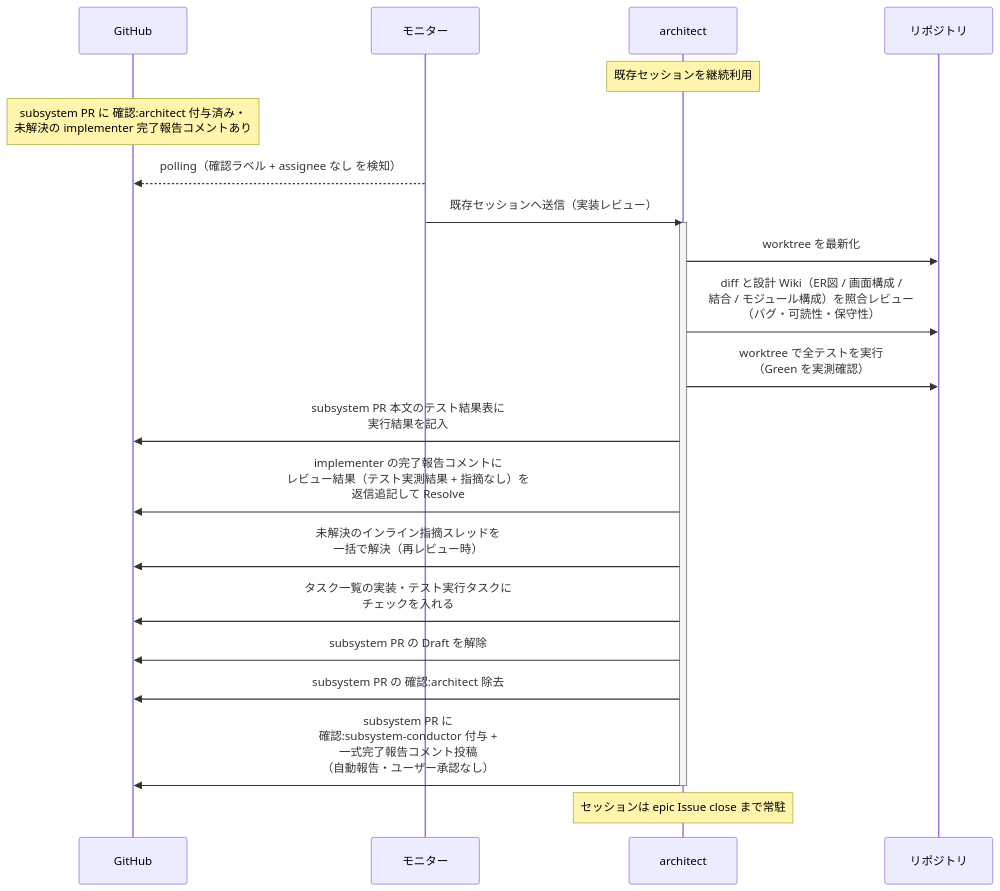
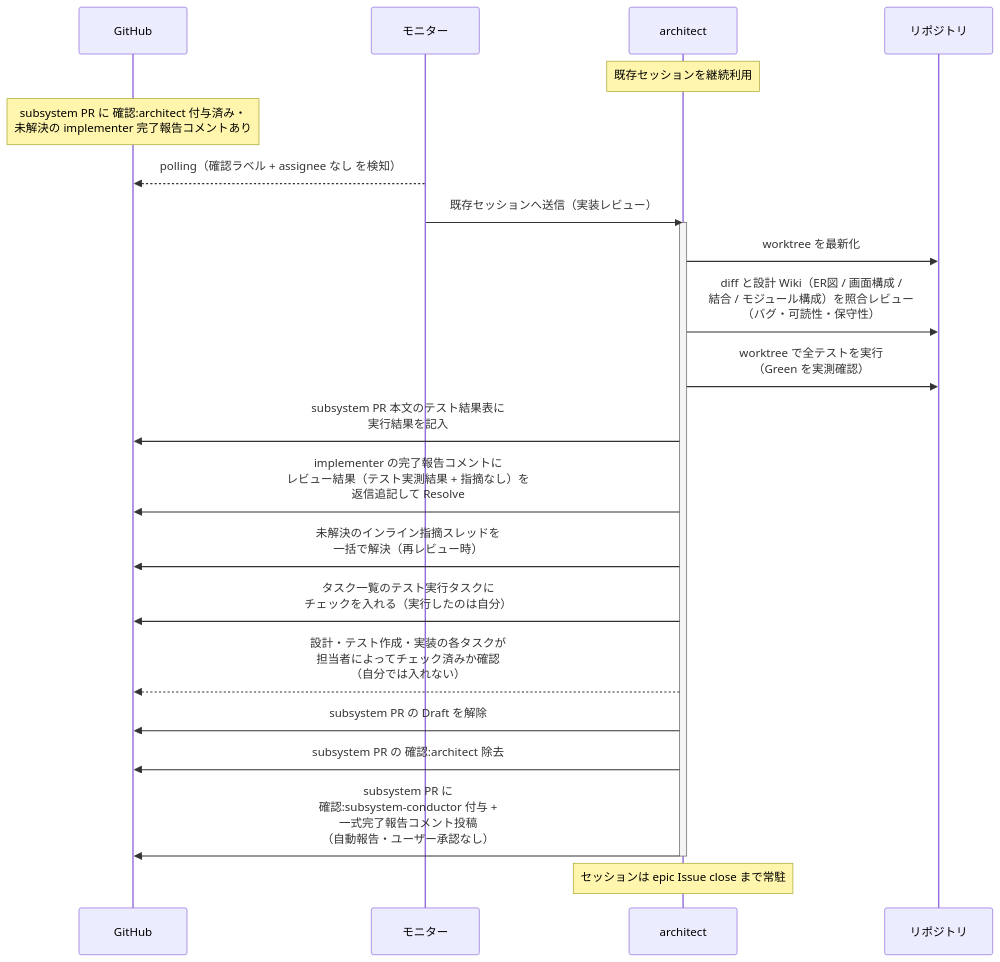
One commit to shuhei1101/ai-monitor changed the first of 5 diagrams in docs/wiki/設計図/シナリオ/単一ユースケース/実装レビュー.md. Above: the diagram before and after it, drawn with Mermaid. The commit also changed other lines of this file and 77 other files, not shown here.

````diff
--- a/docs/wiki/設計図/シナリオ/単一ユースケース/実装レビュー.md
+++ b/docs/wiki/設計図/シナリオ/単一ユースケース/実装レビュー.md
@@ -28,25 +28,26 @@
 ```mermaid
 sequenceDiagram
   participant GH as GitHub
   participant ORC as モニター
   participant MON as architect
   participant REPO as リポジトリ
 
   Note over MON: 既存セッションを継続利用
   Note over GH: subsystem PR に 確認:architect 付与済み・<br>未解決の implementer 完了報告コメントあり
   ORC-->>GH: polling（確認ラベル + assignee なし を検知）
   ORC->>MON: 既存セッションへ送信（実装レビュー）
   activate MON
   MON->>REPO: worktree を最新化
   MON->>REPO: diff と設計 Wiki（ER図 / 画面構成 /<br>結合 / モジュール構成）を照合レビュー<br>（バグ・可読性・保守性）
   MON->>REPO: worktree で全テストを実行<br>（Green を実測確認）
   MON->>GH: subsystem PR 本文のテスト結果表に<br>実行結果を記入
   MON->>GH: implementer の完了報告コメントに<br>レビュー結果（テスト実測結果 + 指摘なし）を<br>返信追記して Resolve
   MON->>GH: 未解決のインライン指摘スレッドを<br>一括で解決（再レビュー時）
-  MON->>GH: タスク一覧の実装・テスト実行タスクに<br>チェックを入れる
+  MON->>GH: タスク一覧のテスト実行タスクに<br>チェックを入れる（実行したのは自分）
+  MON-->>GH: 設計・テスト作成・実装の各タスクが<br>担当者によってチェック済みか確認<br>（自分では入れない）
   MON->>GH: subsystem PR の Draft を解除
   MON->>GH: subsystem PR の 確認:architect 除去
   MON->>GH: subsystem PR に<br>確認:subsystem-conductor 付与 +<br>一式完了報告コメント投稿<br>（自動報告・ユーザー承認なし）
   deactivate MON
   Note over MON: セッションは epic Issue close まで常駐
 ```
````
